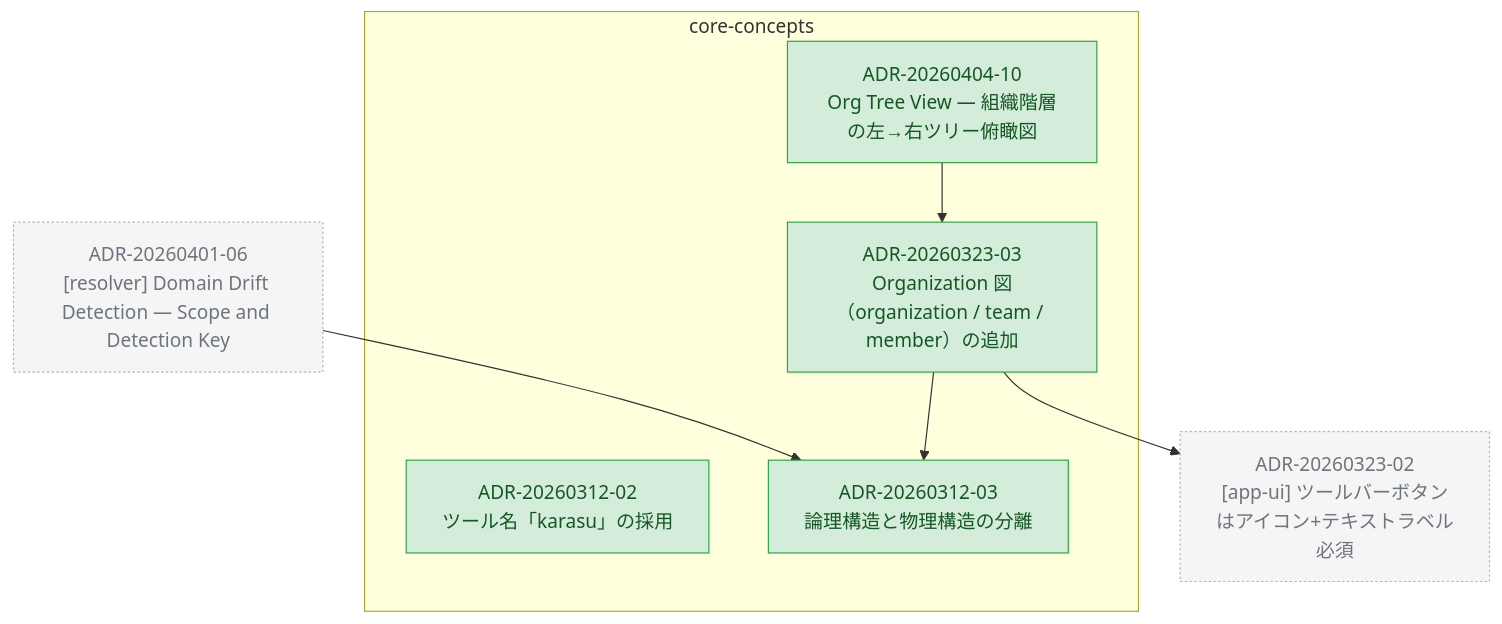
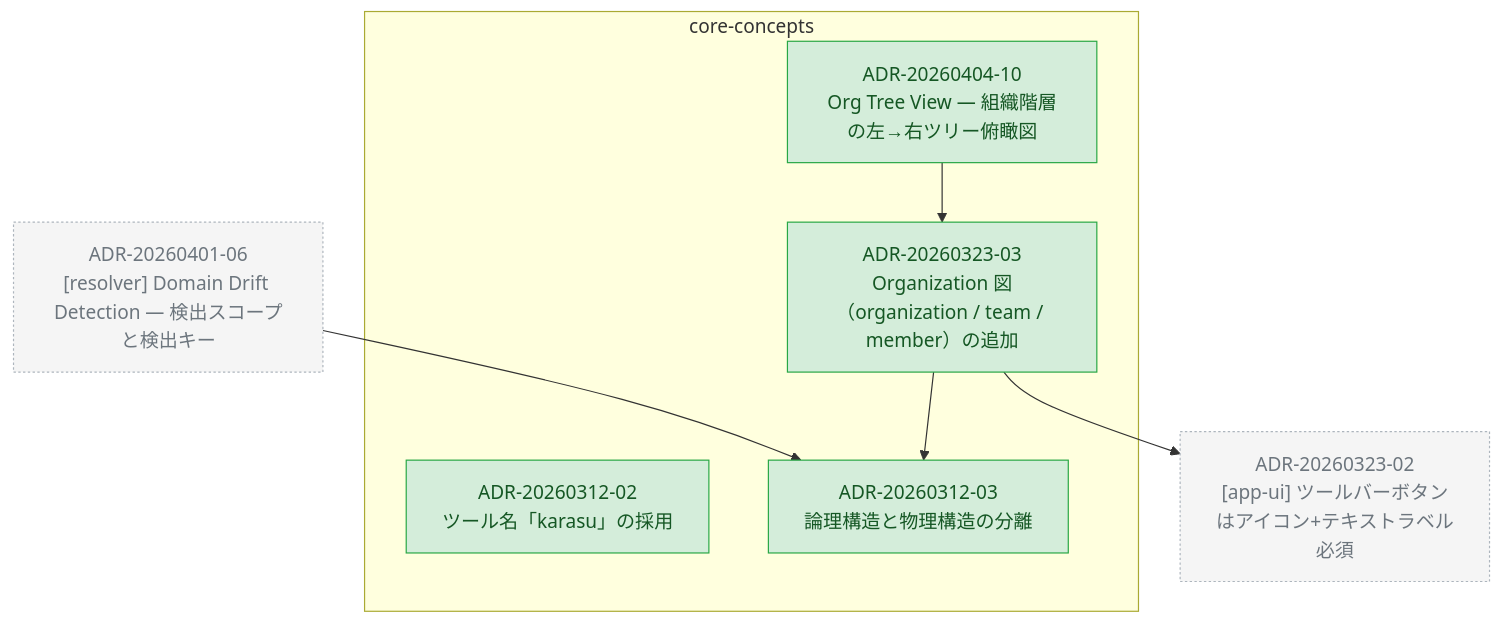
One commit to kompiro/karasu changed the diagram in docs/adr/graph/core-concepts.md. Above: the diagram before and after it, drawn with Mermaid. The commit also changed 35 other files, not shown here.

````diff
--- a/docs/adr/graph/core-concepts.md
+++ b/docs/adr/graph/core-concepts.md
@@ -6,28 +6,28 @@
 ```mermaid
 flowchart TD
   subgraph core-concepts["core-concepts"]
     ADR_20260312_02["ADR-20260312-02<br/>ツール名「karasu」の採用"]
     ADR_20260312_03["ADR-20260312-03<br/>論理構造と物理構造の分離"]
     ADR_20260323_03["ADR-20260323-03<br/>Organization 図（organization / team / member）の追加"]
     ADR_20260404_10["ADR-20260404-10<br/>Org Tree View — 組織階層の左→右ツリー俯瞰図"]
   end
   ADR_20260323_02["ADR-20260323-02<br/>[app-ui] ツールバーボタンはアイコン+テキストラベル必須"]
-  ADR_20260401_06["ADR-20260401-06<br/>[resolver] Domain Drift Detection — Scope and Detection Key"]
+  ADR_20260401_06["ADR-20260401-06<br/>[resolver] Domain Drift Detection — 検出スコープと検出キー"]
   ADR_20260323_03 --> ADR_20260312_03
   ADR_20260323_03 --> ADR_20260323_02
   ADR_20260404_10 --> ADR_20260323_03
   ADR_20260401_06 --> ADR_20260312_03
 
   classDef accepted fill:#d4edda,stroke:#28a745,color:#155724
   classDef proposed fill:#fff3cd,stroke:#ffc107,color:#856404
   classDef deprecated fill:#f8d7da,stroke:#dc3545,color:#721c24
   classDef superseded fill:#e2e3e5,stroke:#6c757d,color:#383d41
   classDef not_adopted fill:#e2e3e5,stroke:#6c757d,color:#383d41,stroke-dasharray:3 3
   classDef ghost fill:#f5f5f5,stroke:#adb5bd,color:#6c757d,stroke-dasharray:2 2
   class ADR_20260312_02 accepted
   class ADR_20260312_03 accepted
   class ADR_20260323_03 accepted
   class ADR_20260404_10 accepted
   class ADR_20260323_02 ghost
   class ADR_20260401_06 ghost
 ```
````
